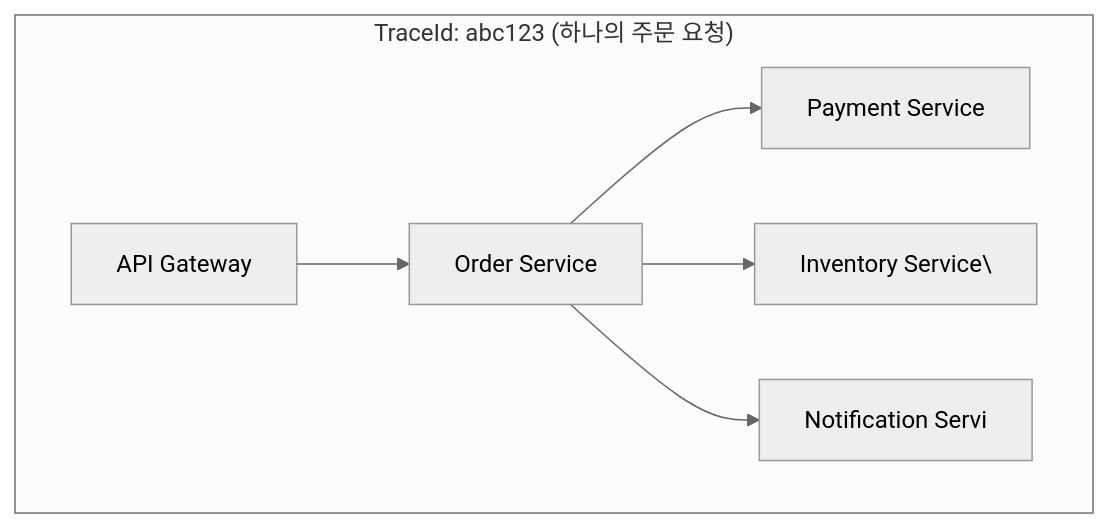
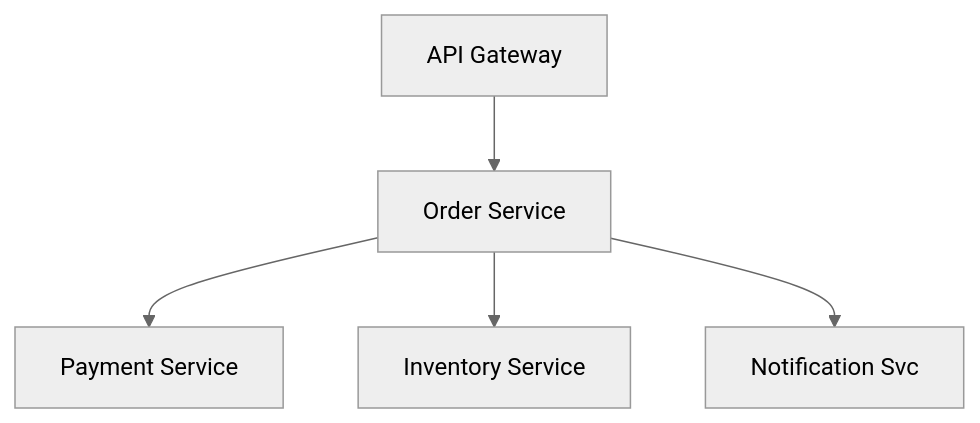
One commit to yjkim2015/yjkim2015.github.io changed the first of 2 diagrams in _posts/spring/2026-05-01-spring-sleuth-zipkin.md. Above: the diagram before and after it, drawn with Mermaid (neutral theme). The commit also changed 155 other files, not shown here.

First line of the commit message:
Mermaid 전면 수정: subgraph 제거, participant/노드/줄수 축소 (342블록)

````diff
--- a/_posts/spring/2026-05-01-spring-sleuth-zipkin.md
+++ b/_posts/spring/2026-05-01-spring-sleuth-zipkin.md
@@ -25,14 +25,7 @@
 ```mermaid
 graph TD
-    subgraph "TraceId: abc123 (하나의 주문 요청)"
-        A["API Gateway"]
-        B["Order Service"]
-        C["Payment Service"]
-        D["Inventory Service\"]
-        E["Notification Servi"]
-    end
-    A --> B
-    B --> C
-    B --> D
-    B --> E
+    A["API Gateway"] --> B["Order Service"]
+    B --> C["Payment Service"]
+    B --> D["Inventory Service"]
+    B --> E["Notification Svc"]
 ```
````
